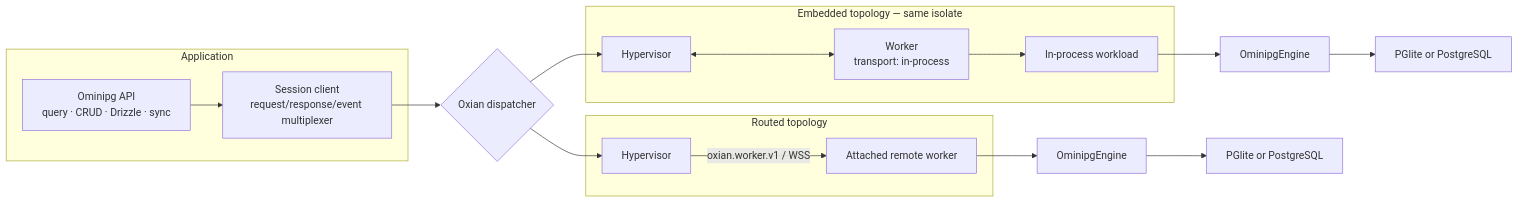
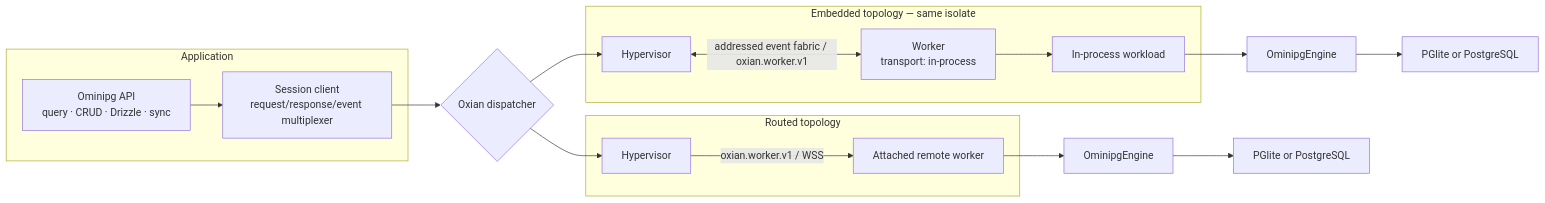
One commit to AxionCompany/ominipg changed the first of 2 diagrams in docs/ARCHITECTURE.md. Above: the diagram before and after it, drawn with Mermaid. The commit also changed other lines of this file and 11 other files, not shown here.

Commit message:
refactor: adopt Oxian event-fabric lifecycle

````diff
--- a/docs/ARCHITECTURE.md
+++ b/docs/ARCHITECTURE.md
@@ -10,31 +10,31 @@
 ```mermaid
 flowchart LR
   subgraph Application["Application"]
     API["Ominipg API\nquery · CRUD · Drizzle · sync"]
     SC["Session client\nrequest/response/event multiplexer"]
     API --> SC
   end
 
   SC --> D{"Oxian dispatcher"}
 
   subgraph Embedded["Embedded topology — same isolate"]
     H["Hypervisor"]
     W["Worker\ntransport: in-process"]
     IW["In-process workload"]
-    H <--> W
+    H <-->|"addressed event fabric / oxian.worker.v1"| W
     W --> IW
   end
 
   subgraph Routed["Routed topology"]
     HV["Hypervisor"]
     RW["Attached remote worker"]
     HV -->|"oxian.worker.v1 / WSS"| RW
   end
 
   D --> H
   D --> HV
   IW --> E1["OminipgEngine"]
   RW --> E2["OminipgEngine"]
   E1 --> DB1["PGlite or PostgreSQL"]
   E2 --> DB2["PGlite or PostgreSQL"]
 ```
````
